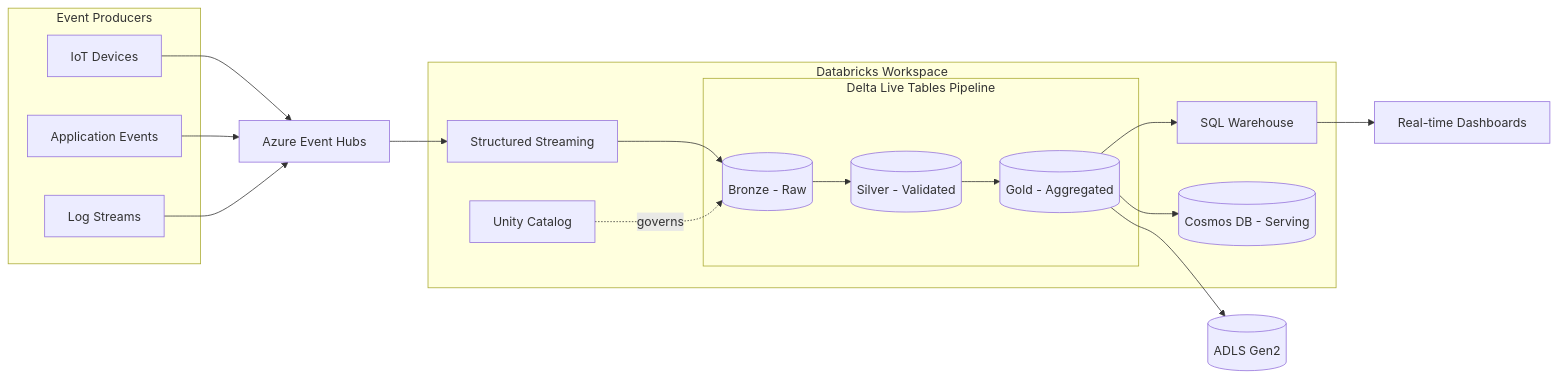
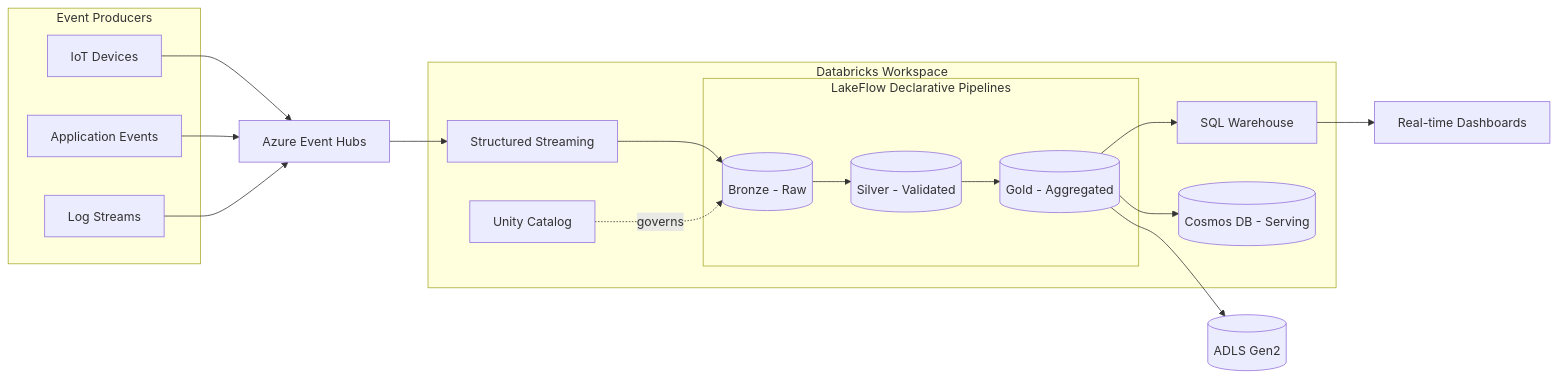
The second of 9 diagrams in .github/skills/databricks-ads-session/databricks-ads-session/references/databricks-patterns.md (HaoZhang615/ads-copilot), drawn with Mermaid before and after one commit. The commit also changed other lines of this file and 23 other files, not shown here.

Commit message:
flow improvement and updates after extensive web search effort and reasoning

````diff
--- a/.github/skills/databricks-ads-session/databricks-ads-session/references/databricks-patterns.md
+++ b/.github/skills/databricks-ads-session/databricks-ads-session/references/databricks-patterns.md
@@ -109,32 +114,32 @@
 ```mermaid
 flowchart LR
   subgraph SRC["Event Producers"]
     IOT[IoT Devices]
     APP[Application Events]
     LOGS[Log Streams]
   end
 
   EH[Azure Event Hubs]
 
   subgraph DBX["Databricks Workspace"]
     SS[Structured Streaming]
     UC[Unity Catalog]
-    subgraph DLT["Delta Live Tables Pipeline"]
+    subgraph LDP["LakeFlow Declarative Pipelines"]
       BRONZE[(Bronze - Raw)]
       SILVER[(Silver - Validated)]
       GOLD[(Gold - Aggregated)]
     end
     SQLWH[SQL Warehouse]
     COSMOS[(Cosmos DB - Serving)]
   end
 
   ADLS[(ADLS Gen2)]
   DASH[Real-time Dashboards]
 
   IOT & APP & LOGS --> EH --> SS --> BRONZE
   BRONZE --> SILVER --> GOLD
   GOLD --> ADLS
   GOLD --> SQLWH --> DASH
   GOLD --> COSMOS
   UC -.->|governs| BRONZE
 ```
````
